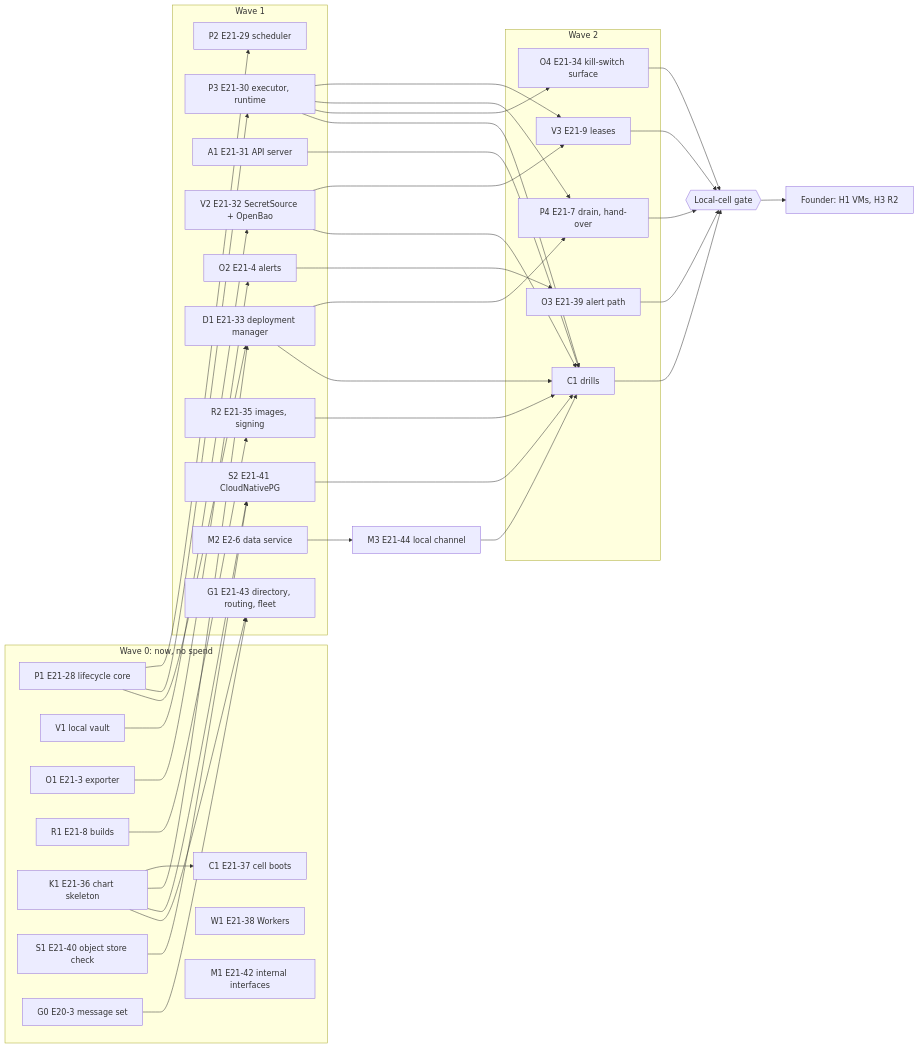
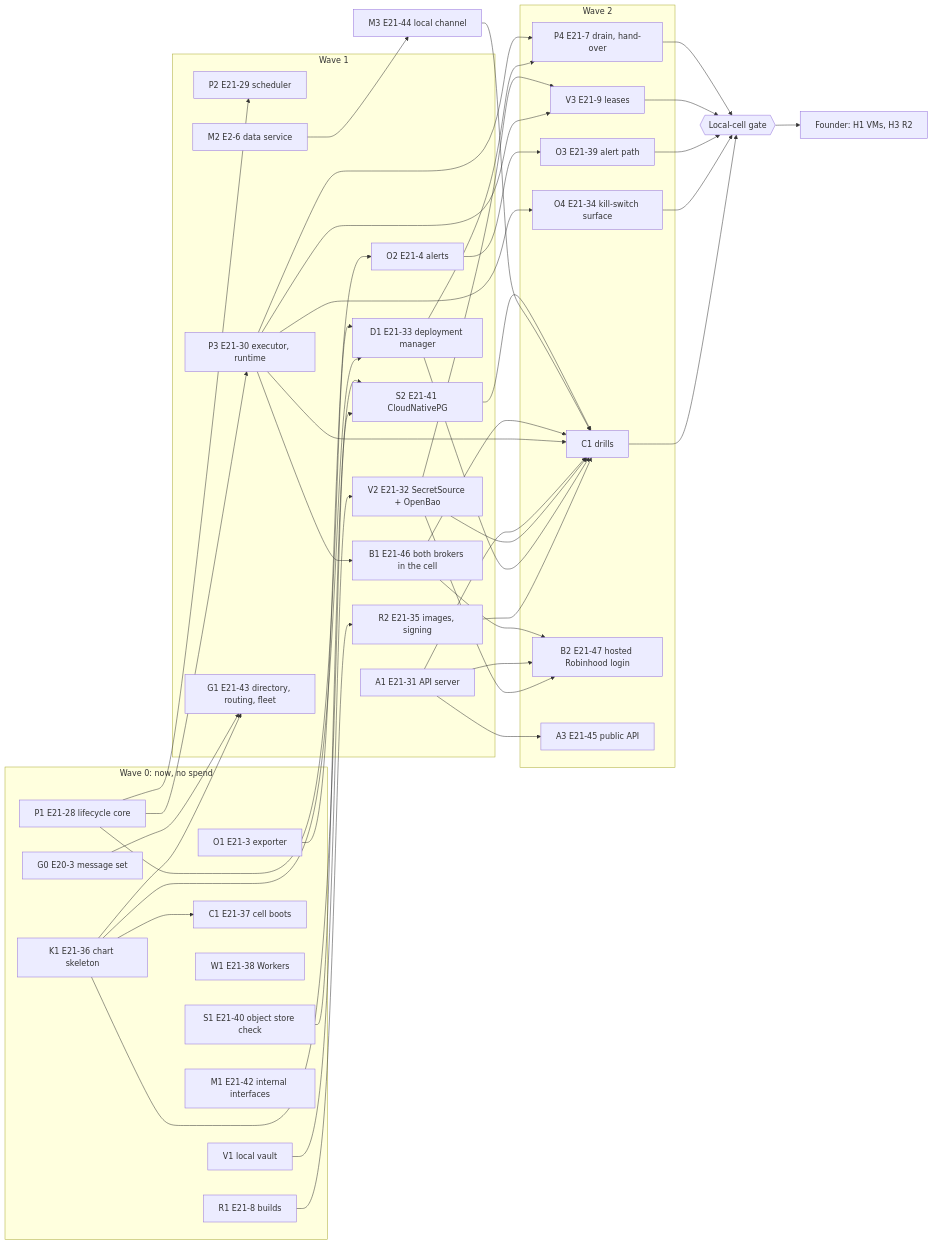
One commit to kunwarshivam/mandate changed the diagram in docs/project/tasks/managed-cells.md. Above: the diagram before and after it, drawn with Mermaid. The commit also changed other lines of this file and 3 other files, not shown here.

First line of the commit message:
Plan real Robinhood trades from cell #1 and the API as the public interface

````diff
--- a/docs/project/tasks/managed-cells.md
+++ b/docs/project/tasks/managed-cells.md
@@ -247,54 +313,60 @@
 ```mermaid
 flowchart LR
     subgraph W0["Wave 0: now, no spend"]
         P1["P1 E21-28 lifecycle core"]
         V1["V1 local vault"]
         O1["O1 E21-3 exporter"]
         R1["R1 E21-8 builds"]
         K1["K1 E21-36 chart skeleton"]
         C1a["C1 E21-37 cell boots"]
         W1["W1 E21-38 Workers"]
         S1["S1 E21-40 object store check"]
         M1["M1 E21-42 internal interfaces"]
         G0["G0 E20-3 message set"]
     end
     subgraph W1g["Wave 1"]
         P2["P2 E21-29 scheduler"]
         P3["P3 E21-30 executor, runtime"]
         A1["A1 E21-31 API server"]
         V2["V2 E21-32 SecretSource + OpenBao"]
         D1["D1 E21-33 deployment manager"]
         O2["O2 E21-4 alerts"]
         R2["R2 E21-35 images, signing"]
         S2["S2 E21-41 CloudNativePG"]
         M2["M2 E2-6 data service"]
         G1["G1 E21-43 directory, routing, fleet"]
+        B1["B1 E21-46 both brokers in the cell"]
     end
     subgraph W2["Wave 2"]
         P4["P4 E21-7 drain, hand-over"]
         V3["V3 E21-9 leases"]
         O3["O3 E21-39 alert path"]
         O4["O4 E21-34 kill-switch surface"]
         C1b["C1 drills"]
+        B2["B2 E21-47 hosted Robinhood login"]
+        A3["A3 E21-45 public API"]
     end
     G{{"Local-cell gate"}}
     H["Founder: H1 VMs, H3 R2"]
     P1 --> P2 & P3 & D1
     V1 --> V2 --> V3
     P3 --> V3
     O1 --> O2 --> O3
     R1 --> R2
     K1 --> C1a
     K1 --> D1
     S1 --> S2
     K1 --> S2
     S2 --> C1b
     M2 --> M3["M3 E21-44 local channel"] --> C1b
     G0 --> G1
+    P3 --> B1 --> C1b
+    B1 & A1 & V2 --> B2
+    A1 --> A3
     K1 --> G1
     P3 --> P4
     D1 --> P4
     P3 --> O4
     P3 & A1 & V2 & D1 & R2 --> C1b
     P4 & V3 & O3 & O4 & C1b --> G --> H
 ```
````
